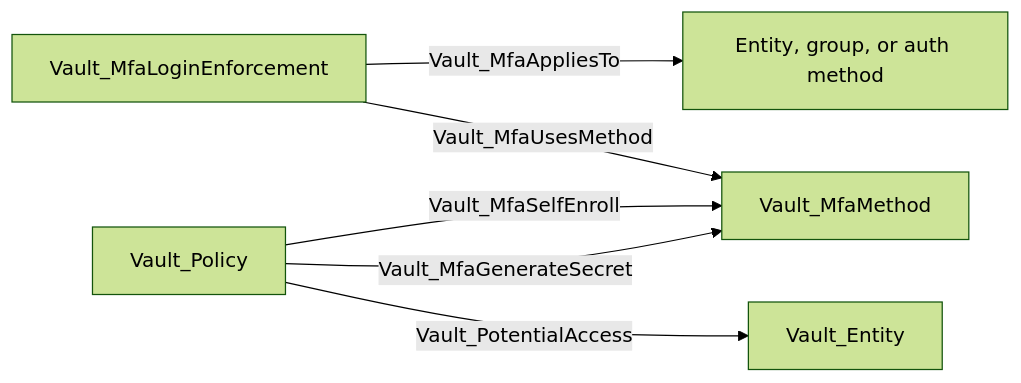
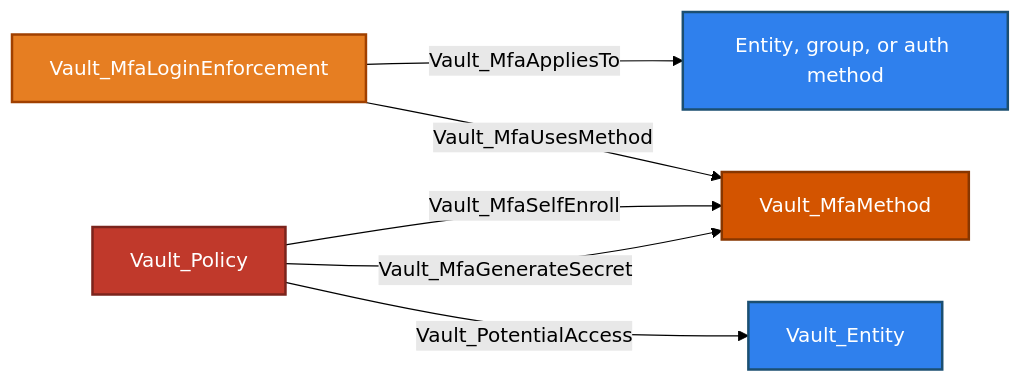
One commit to bytewreck/opengraph-vault changed the tenth of 11 diagrams in Documentation/stores/IDENTITY.md. Above: the diagram before and after it, drawn with Mermaid (forest theme). The commit also changed other lines of this file and 4 other files, not shown here.

````diff
--- a/Documentation/stores/IDENTITY.md
+++ b/Documentation/stores/IDENTITY.md
@@ -225,8 +268,14 @@
 ```mermaid
 flowchart LR
-    enforcement -->|Vault_MfaAppliesTo| target[Entity, group, or auth method]
-    enforcement[Vault_MfaLoginEnforcement] -->|Vault_MfaUsesMethod| method[Vault_MfaMethod]
-    policy[Vault_Policy] -->|Vault_MfaSelfEnroll| method
+    enforcement -->|Vault_MfaAppliesTo| target[Entity, group, or auth method]:::identityNode
+    enforcement[Vault_MfaLoginEnforcement]:::mfaEnforcementNode -->|Vault_MfaUsesMethod| method[Vault_MfaMethod]:::mfaMethodNode
+    policy[Vault_Policy]:::policyNode -->|Vault_MfaSelfEnroll| method
     policy -->|Vault_MfaGenerateSecret| method
-    policy -->|Vault_PotentialAccess| entity[Vault_Entity]
+    policy -->|Vault_PotentialAccess| entity[Vault_Entity]:::entityNode
+
+    classDef identityNode fill:#2F80ED,color:#fff,stroke:#1B4F72,stroke-width:2px
+    classDef mfaEnforcementNode fill:#E67E22,color:#fff,stroke:#A04000,stroke-width:2px
+    classDef mfaMethodNode fill:#D35400,color:#fff,stroke:#873600,stroke-width:2px
+    classDef policyNode fill:#C0392B,color:#fff,stroke:#7B241C,stroke-width:2px
+    classDef entityNode fill:#2F80ED,color:#fff,stroke:#1B4F72,stroke-width:2px
 ```
````
